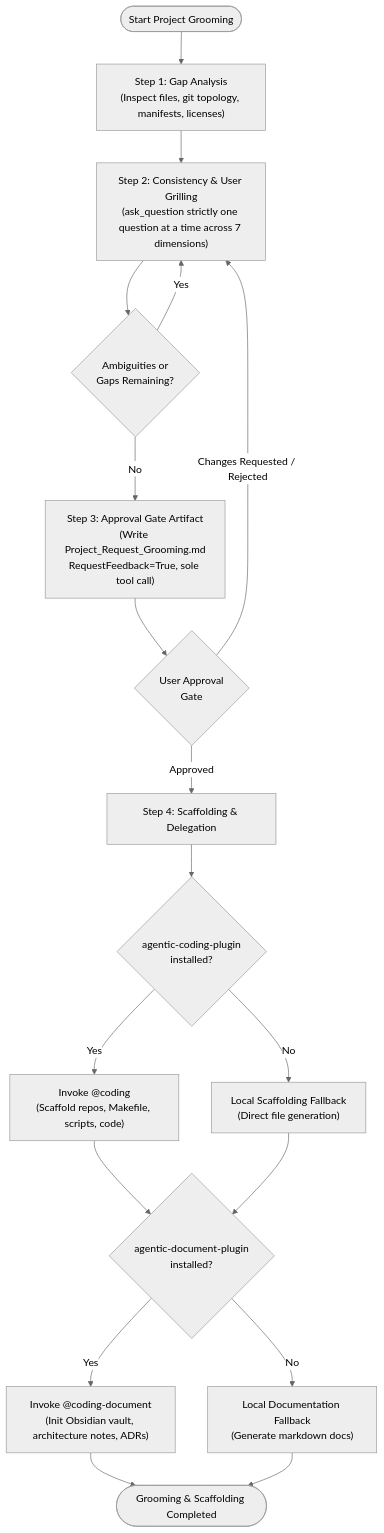
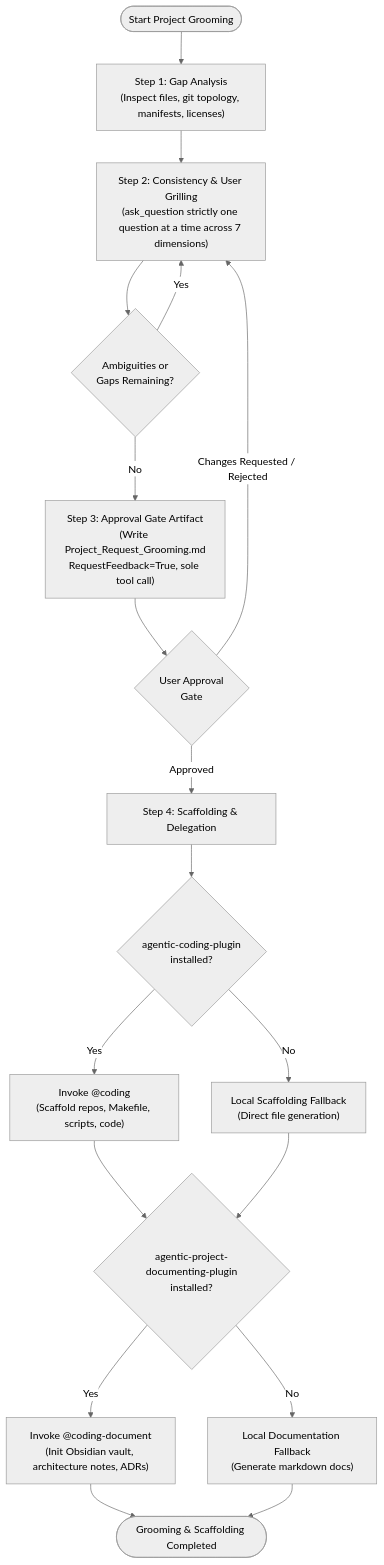
The diagram in skills/project-grooming/SKILL.md (gpfister/agentic-project-grooming-plugin), drawn with Mermaid (neutral theme) before and after one commit. The commit also changed other lines of this file and 4 other files, not shown here.

````diff
--- a/skills/project-grooming/SKILL.md
+++ b/skills/project-grooming/SKILL.md
@@ -14,24 +14,24 @@
 ```mermaid
 flowchart TD
     Start(["Start Project Grooming"]) --> Step1["Step 1: Gap Analysis<br/>(Inspect files, git topology, manifests, licenses)"]
     Step1 --> Step2["Step 2: Consistency & User Grilling<br/>(ask_question strictly one question at a time across 7 dimensions)"]
     Step2 --> MoreQuestions{"Ambiguities or<br/>Gaps Remaining?"}
     MoreQuestions -->|"Yes"| Step2
     MoreQuestions -->|"No"| Step3["Step 3: Approval Gate Artifact<br/>(Write Project_Request_Grooming.md<br/>RequestFeedback=True, sole tool call)"]
     Step3 --> UserGate{"User Approval<br/>Gate"}
     UserGate -->|"Changes Requested / Rejected"| Step2
     UserGate -->|"Approved"| Step4["Step 4: Scaffolding & Delegation"]
     
     Step4 --> CodingCheck{"agentic-coding-plugin<br/>installed?"}
     CodingCheck -->|"Yes"| InvokeCoding["Invoke @coding<br/>(Scaffold repos, Makefile, scripts, code)"]
     CodingCheck -->|"No"| FallbackCoding["Local Scaffolding Fallback<br/>(Direct file generation)"]
     
-    InvokeCoding --> DocCheck{"agentic-document-plugin<br/>installed?"}
+    InvokeCoding --> DocCheck{"agentic-project-documenting-plugin<br/>installed?"}
     FallbackCoding --> DocCheck
     
     DocCheck -->|"Yes"| InvokeDoc["Invoke @coding-document<br/>(Init Obsidian vault, architecture notes, ADRs)"]
     DocCheck -->|"No"| FallbackDoc["Local Documentation Fallback<br/>(Generate markdown docs)"]
     
     InvokeDoc --> Completed(["Grooming & Scaffolding Completed"])
     FallbackDoc --> Completed
 ```
````
